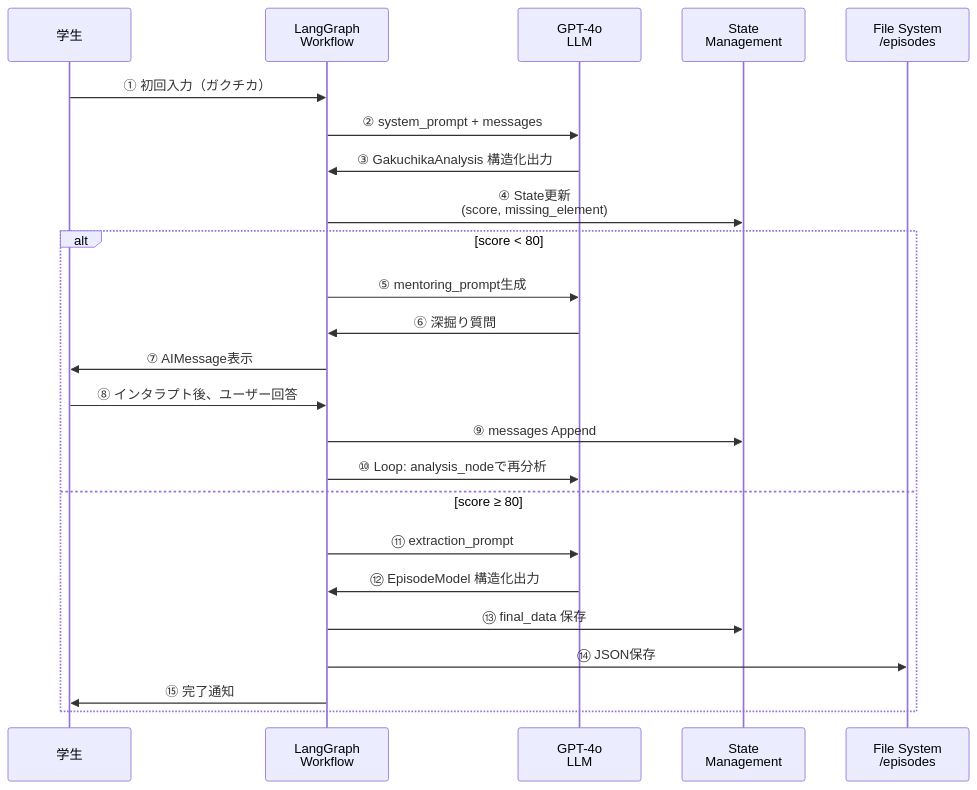
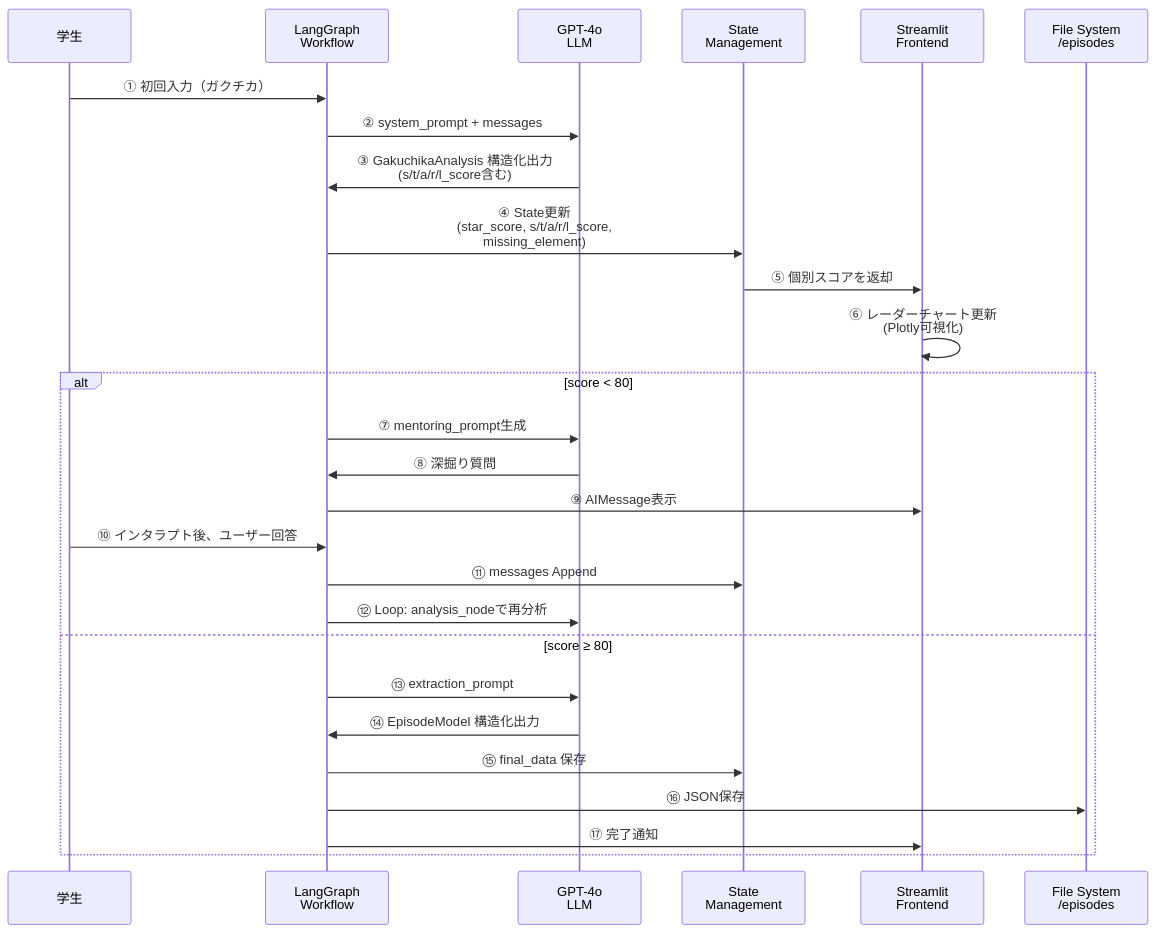
The second of 2 diagrams in README.md (Fuki-Konobe/career-ai-agent), drawn with Mermaid before and after one commit. The commit also changed other lines of this file, not shown here.

````diff
--- a/README.md
+++ b/README.md
@@ -92,28 +92,31 @@
 ```mermaid
 sequenceDiagram
     participant U as 学生
     participant G as LangGraph<br/>Workflow
     participant L as GPT-4o<br/>LLM
     participant S as State<br/>Management
+    participant UI as Streamlit<br/>Frontend
     participant F as File System<br/>/episodes
 
     U->>G: ① 初回入力（ガクチカ）
     G->>L: ② system_prompt + messages
-    L->>G: ③ GakuchikaAnalysis 構造化出力
-    G->>S: ④ State更新<br/>(score, missing_element)
+    L->>G: ③ GakuchikaAnalysis 構造化出力<br/>(s/t/a/r/l_score含む)
+    G->>S: ④ State更新<br/>(star_score, s/t/a/r/l_score,<br/>missing_element)
+    S->>UI: ⑤ 個別スコアを返却
+    UI->>UI: ⑥ レーダーチャート更新<br/>(Plotly可視化)
     
     alt score < 80
-        G->>L: ⑤ mentoring_prompt生成
-        L->>G: ⑥ 深掘り質問
-        G->>U: ⑦ AIMessage表示
-        U->>G: ⑧ インタラプト後、ユーザー回答
-        G->>S: ⑨ messages Append
-        G->>L: ⑩ Loop: analysis_nodeで再分析
+        G->>L: ⑦ mentoring_prompt生成
+        L->>G: ⑧ 深掘り質問
+        G->>UI: ⑨ AIMessage表示
+        U->>G: ⑩ インタラプト後、ユーザー回答
+        G->>S: ⑪ messages Append
+        G->>L: ⑫ Loop: analysis_nodeで再分析
     else score ≥ 80
-        G->>L: ⑪ extraction_prompt
-        L->>G: ⑫ EpisodeModel 構造化出力
-        G->>S: ⑬ final_data 保存
-        G->>F: ⑭ JSON保存
-        G->>U: ⑮ 完了通知
+        G->>L: ⑬ extraction_prompt
+        L->>G: ⑭ EpisodeModel 構造化出力
+        G->>S: ⑮ final_data 保存
+        G->>F: ⑯ JSON保存
+        G->>UI: ⑰ 完了通知
     end
 ```
````
